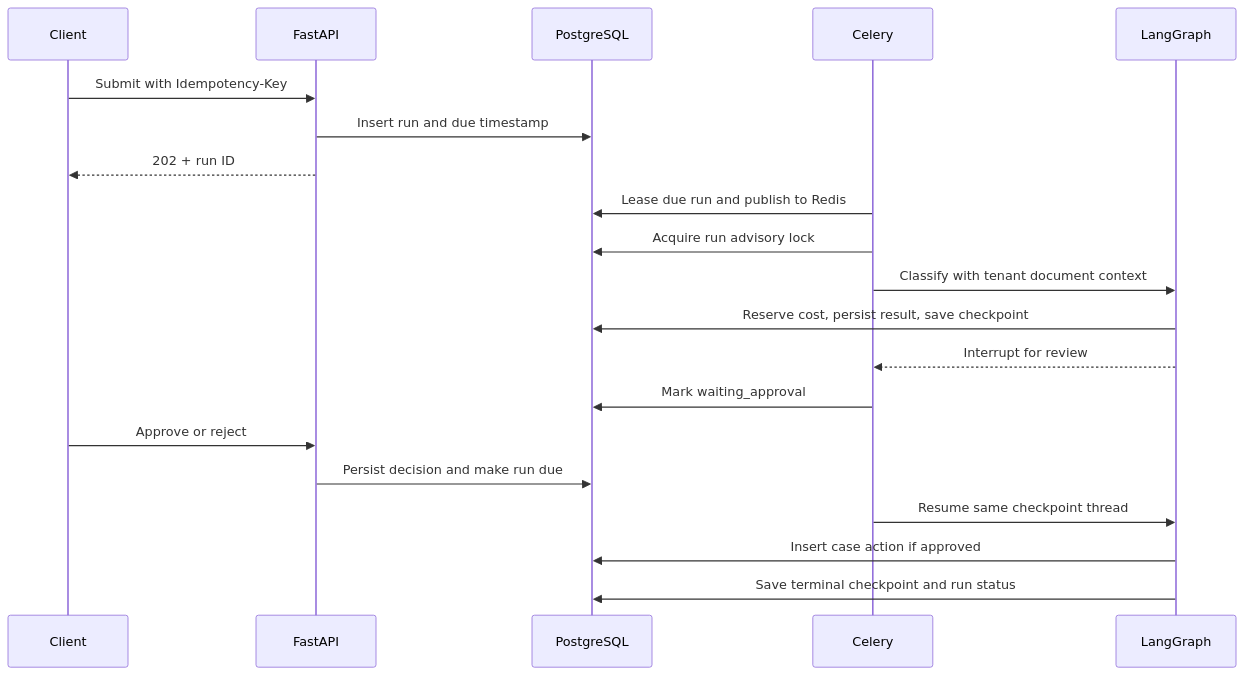
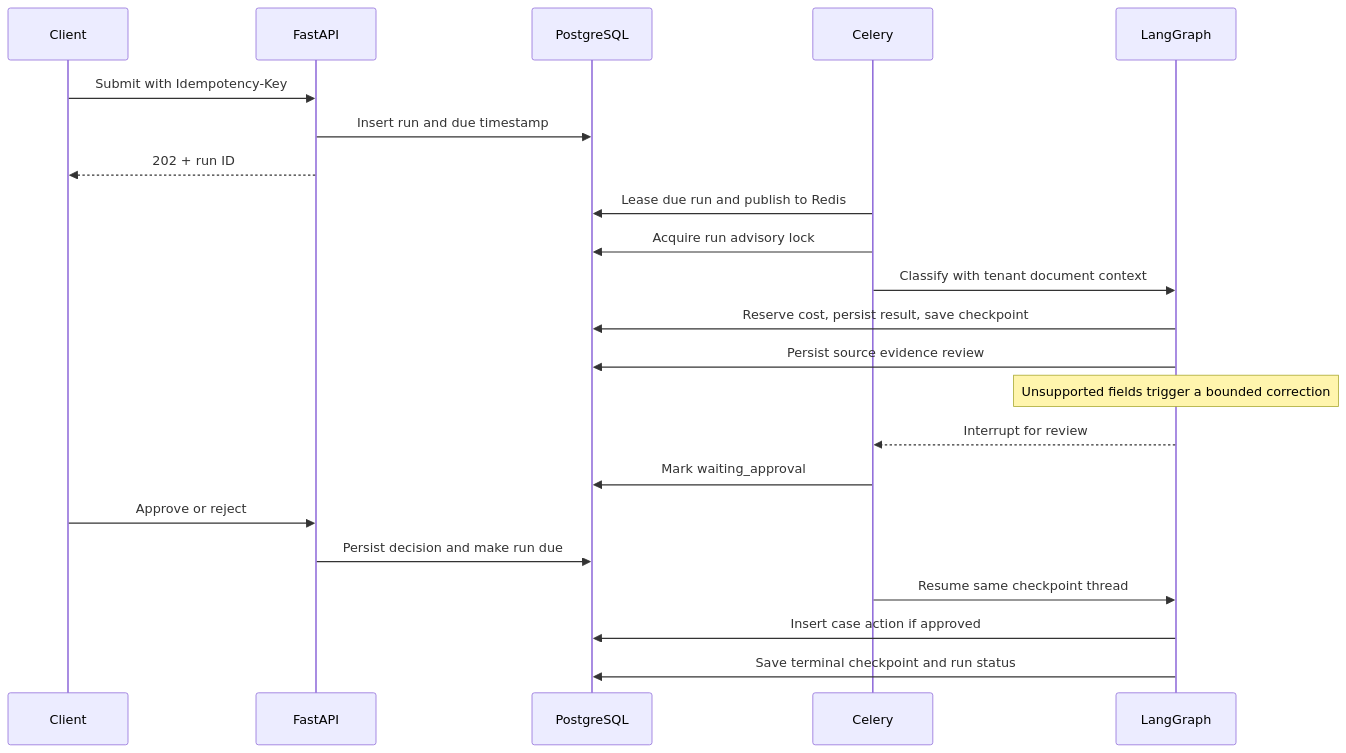
Before and after one commit to Galactic717/verstak-agent: the first of 2 diagrams in docs/ARCHITECTURE.md, drawn with Mermaid. The commit also changed other lines of this file and 4 other files, not shown here.

````diff
--- a/docs/ARCHITECTURE.md
+++ b/docs/ARCHITECTURE.md
@@ -7,22 +7,24 @@
 ```mermaid
 sequenceDiagram
     participant Client
     participant API as FastAPI
     participant PG as PostgreSQL
     participant Worker as Celery
     participant Graph as LangGraph
     Client->>API: Submit with Idempotency-Key
     API->>PG: Insert run and due timestamp
     API-->>Client: 202 + run ID
     Worker->>PG: Lease due run and publish to Redis
     Worker->>PG: Acquire run advisory lock
     Worker->>Graph: Classify with tenant document context
     Graph->>PG: Reserve cost, persist result, save checkpoint
+    Graph->>PG: Persist source evidence review
+    Note over Graph: Unsupported fields trigger a bounded correction
     Graph-->>Worker: Interrupt for review
     Worker->>PG: Mark waiting_approval
     Client->>API: Approve or reject
     API->>PG: Persist decision and make run due
     Worker->>Graph: Resume same checkpoint thread
     Graph->>PG: Insert case action if approved
     Graph->>PG: Save terminal checkpoint and run status
 ```
````
